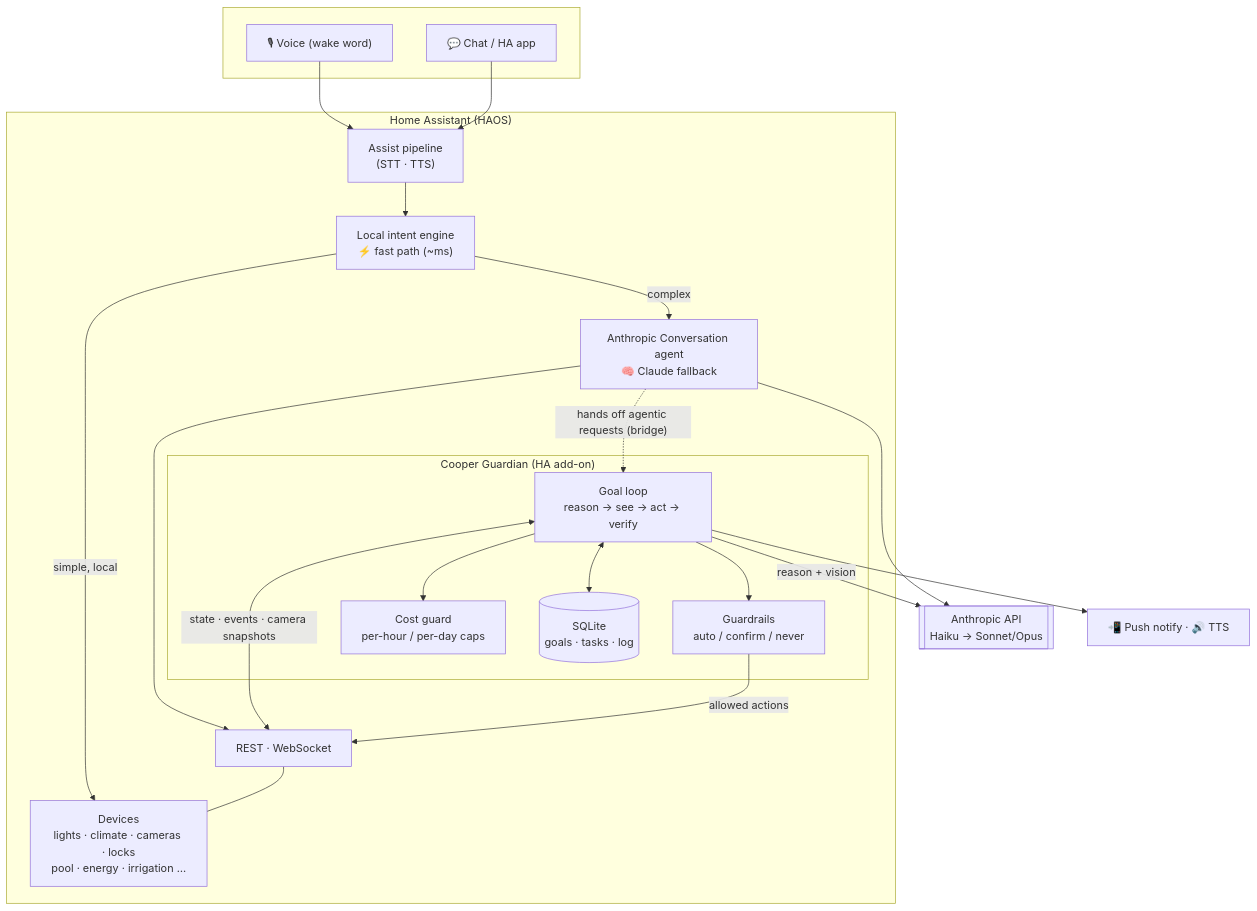
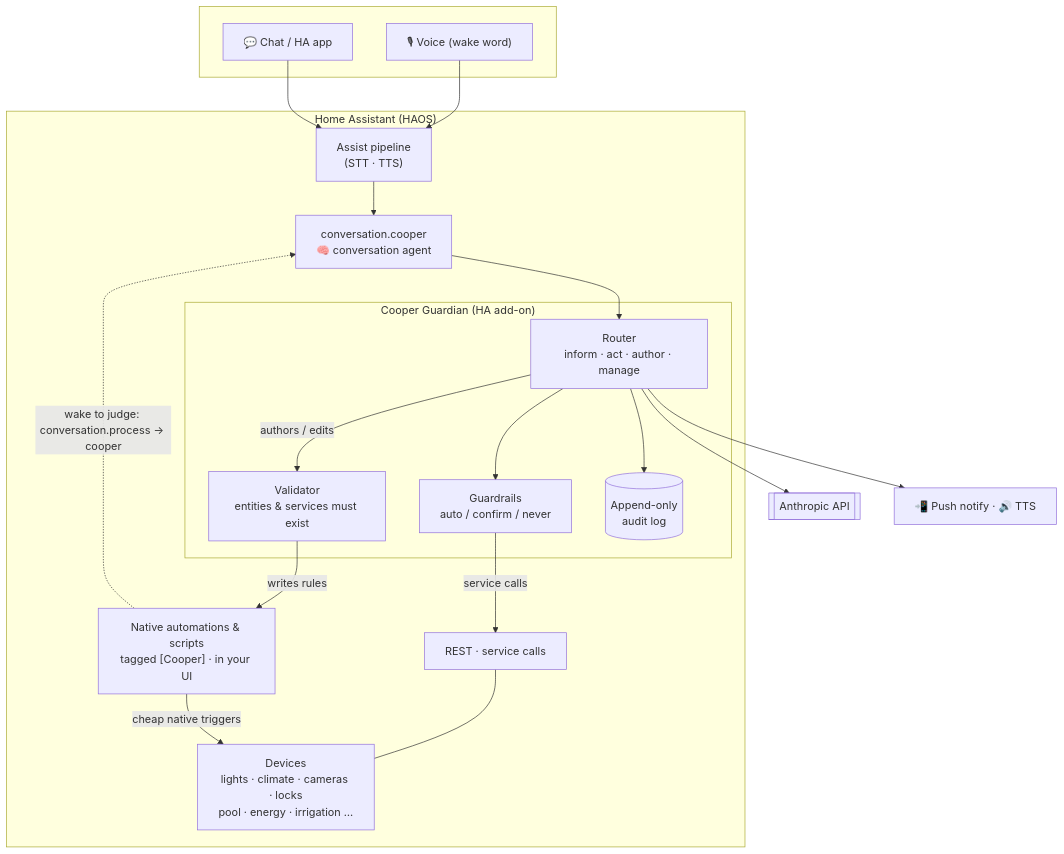
One commit to kunalkhosla/jarvis changed the diagram in README.md. Above: the diagram before and after it, drawn with Mermaid. The commit also changed other lines of this file and 5 other files, not shown here.

````diff
--- a/README.md
+++ b/README.md
@@ -71,43 +69,40 @@
 ```mermaid
 flowchart TB
     subgraph user[" "]
       V["🎙 Voice (wake word)"]
       C["💬 Chat / HA app"]
     end
 
     subgraph ha["Home Assistant (HAOS)"]
       ASSIST["Assist pipeline<br/>(STT · TTS)"]
-      INTENT["Local intent engine<br/>⚡ fast path (~ms)"]
-      CONV["Anthropic Conversation agent<br/>🧠 Claude fallback"]
-      API["REST · WebSocket"]
+      CONV["conversation.cooper<br/>🧠 conversation agent"]
+      API["REST · service calls"]
+      AUTOS["Native automations & scripts<br/>tagged [Cooper] · in your UI"]
       DEV["Devices<br/>lights · climate · cameras · locks<br/>pool · energy · irrigation …"]
 
       subgraph agent["Cooper Guardian (HA add-on)"]
-        LOOP["Goal loop<br/>reason → see → act → verify"]
+        ROUTE["Router<br/>inform · act · author · manage"]
         GUARD["Guardrails<br/>auto / confirm / never"]
-        BUDGET["Cost guard<br/>per-hour / per-day caps"]
-        DB[("SQLite<br/>goals · tasks · log")]
+        VALID["Validator<br/>entities & services must exist"]
+        LOG[("Append-only<br/>audit log")]
       end
     end
 
-    CLAUDE[["Anthropic API<br/>Haiku → Sonnet/Opus"]]
+    CLAUDE[["Anthropic API"]]
     OUT["📲 Push notify · 🔊 TTS"]
 
     V --> ASSIST
     C --> ASSIST
-    ASSIST --> INTENT
-    INTENT -->|simple, local| DEV
-    INTENT -->|complex| CONV
-    CONV --> CLAUDE
-    CONV --> API
-    CONV -.->|"hands off agentic requests (bridge)"| LOOP
-
-    LOOP <-->|state · events · camera snapshots| API
-    LOOP -->|reason + vision| CLAUDE
-    LOOP --> GUARD
-    LOOP --> BUDGET
-    GUARD -->|allowed actions| API
+    ASSIST --> CONV
+    CONV --> ROUTE
+    ROUTE --> CLAUDE
+    ROUTE --> GUARD
+    GUARD -->|service calls| API
+    ROUTE -->|authors / edits| VALID
+    VALID -->|writes rules| AUTOS
     API --- DEV
-    LOOP <--> DB
-    LOOP --> OUT
+    AUTOS -->|cheap native triggers| DEV
+    AUTOS -.->|"wake to judge: conversation.process → cooper"| CONV
+    ROUTE --> LOG
+    ROUTE --> OUT
 ```
````
